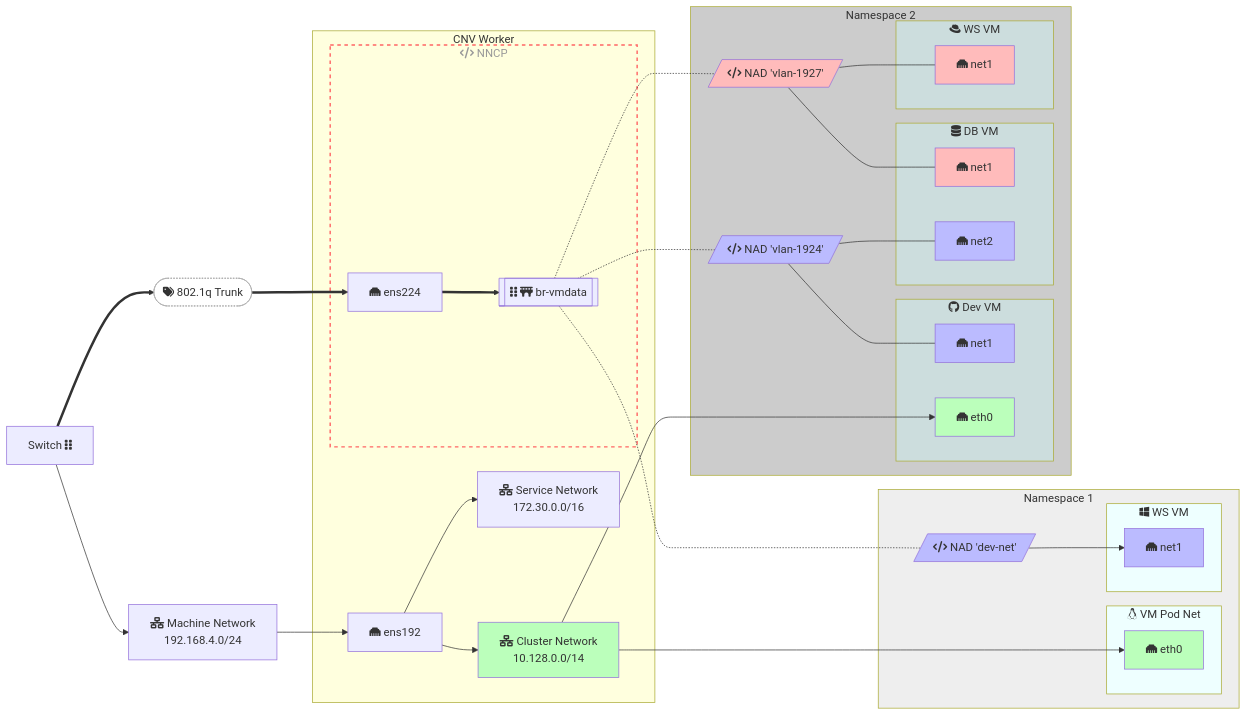
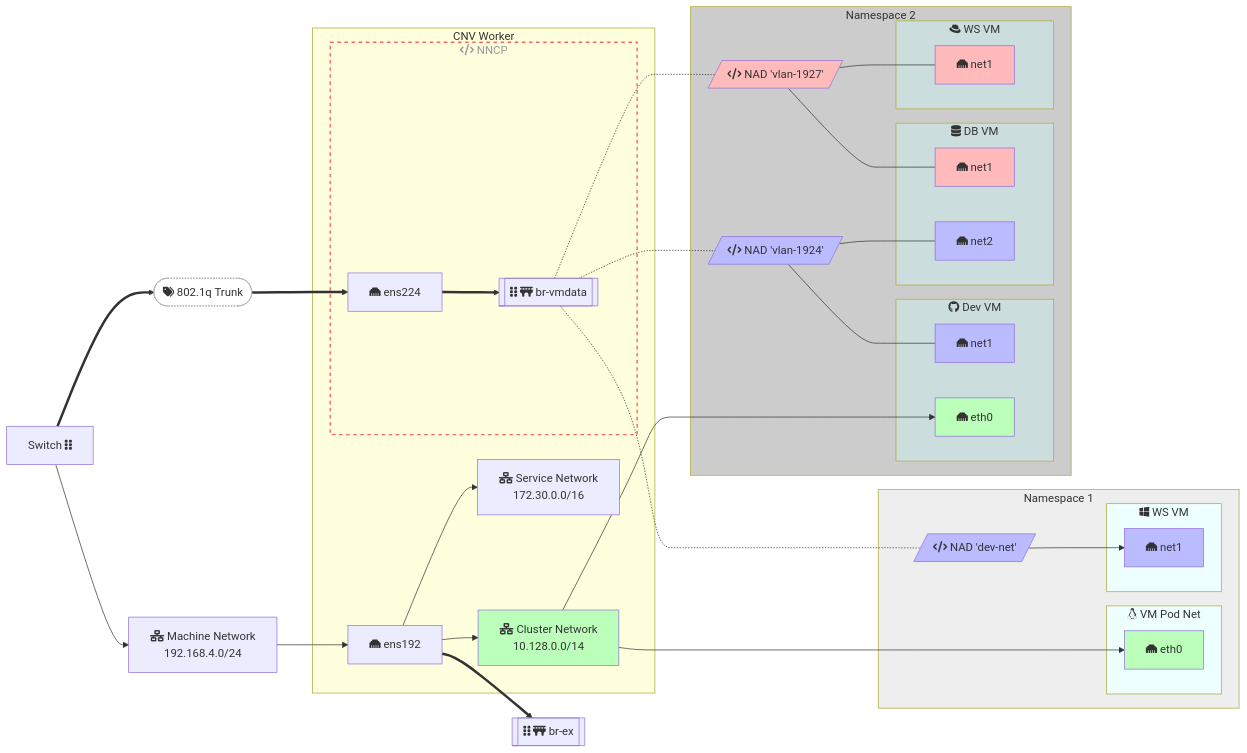
The second of 3 diagrams in networking/diagram.md (dlbewley/demo-virt), drawn with Mermaid before and after one commit. The commit also changed other lines of this file, not shown here.

````diff
--- a/networking/diagram.md
+++ b/networking/diagram.md
@@ -108,77 +109,78 @@
 ```mermaid
 graph LR;
 
   switch["Switch fa:fa-grip-vertical"]
   machinenet["fa:fa-network-wired Machine Network<br> 192.168.4.0/24"]
   switch --> machinenet --> ens192
+  ens192 ==> br-ex[["fa:fa-grip-vertical fa:fa-bridge br-ex"]]
   switch ==> T(["fa:fa-tags 802.1q Trunk"]) ==> ens224[ens224]
 
   subgraph node["CNV Worker"]
     ens192["fa:fa-ethernet ens192"]
     servicenet["fa:fa-network-wired Service Network<br> 172.30.0.0/16"]
     clusternet["fa:fa-network-wired Cluster Network<br> 10.128.0.0/14"]
 
     ens192 --> servicenet
     ens192 --> clusternet
 
     subgraph nncp["fa:fa-code NNCP"]
       ens224["fa:fa-ethernet ens224"]
       ens224 ==> br-vmdata[["fa:fa-grip-vertical fa:fa-bridge br-vmdata"]]
     end
   end
 
   subgraph ns1["Namespace 1"]
     subgraph ns1-vm1[fab:fa-linux VM Pod Net]
         nginx-nic["fa:fa-ethernet eth0"]
     end
     clusternet ----> nginx-nic
 
     subgraph ns1-vm2[fab:fa-windows WS VM]
         ns1-vm2-nic1["fa:fa-ethernet net1"]
     end
     br-vmdata -.- ns1-nad-1924[/"fa:fa-code NAD 'dev-net'"/] --> ns1-vm2-nic1
   end
 
   subgraph ns2["Namespace 2"]
     subgraph ns2-vm1[fab:fa-github Dev VM]
         ns2-vm1-nic1["fa:fa-ethernet net1"]
         ns2-vm1-nic2["fa:fa-ethernet eth0"]
     end
 
     clusternet --> ns2-vm1-nic2
 
     subgraph ns2-vm2["fa:fa-database DB VM"]
         ns2-vm2-nic1["fa:fa-ethernet net1"]
         ns2-vm2-nic2["fa:fa-ethernet net2"]
     end
 
     subgraph ns2-vm3["fab:fa-redhat WS VM"]
         ns2-vm3-nic1["fa:fa-ethernet net1"]
     end
 
     br-vmdata -.- ns2-nad-1924[/"fa:fa-code NAD 'vlan-1924'"/] --- ns2-vm1-nic1
                 ns2-nad-1924                                   --- ns2-vm2-nic2
     br-vmdata -.- ns2-nad-1927[/"fa:fa-code NAD 'vlan-1927'"/] --- ns2-vm2-nic1
                 ns2-nad-1927                                   --- ns2-vm3-nic1
   end
 
   classDef clusterNet fill:#bfb
   class clusternet,nginx-nic,ns2-vm1-nic2 clusterNet
 
   classDef vlan-1924 fill:#bbf
   class ens224.1924,br-1924,ns1-nad-1924,ns2-nad-1924,ns1-vm2-nic1,ns1-ws2-1924,ns2-vm1-nic1,ns2-vm2-nic2 vlan-1924
 
   classDef vlan-1927 fill:#fbb
   class ens224.1927,br-1927,ns1-nad-1927,ns2-nad-1927,ns2-vm2-nic1,ns2-vm3-nic1 vlan-1927
 
   style nncp stroke:#f66,stroke-width:2px,color:#999,stroke-dasharray: 5 5
   style T fill:white,stroke:darkgrey,stroke-width:1px,color:#333,stroke-dasharray: 2 2
 
   classDef ns1-vm fill:#eff
   class ns1-vm1,ns1-vm2 ns1-vm
   style ns1 fill:#eee
 
   classDef ns2-vm fill:#cdd
   class ns2-vm1,ns2-vm2,ns2-vm3 ns2-vm
   style ns2 fill:#ccc
 ```
````
